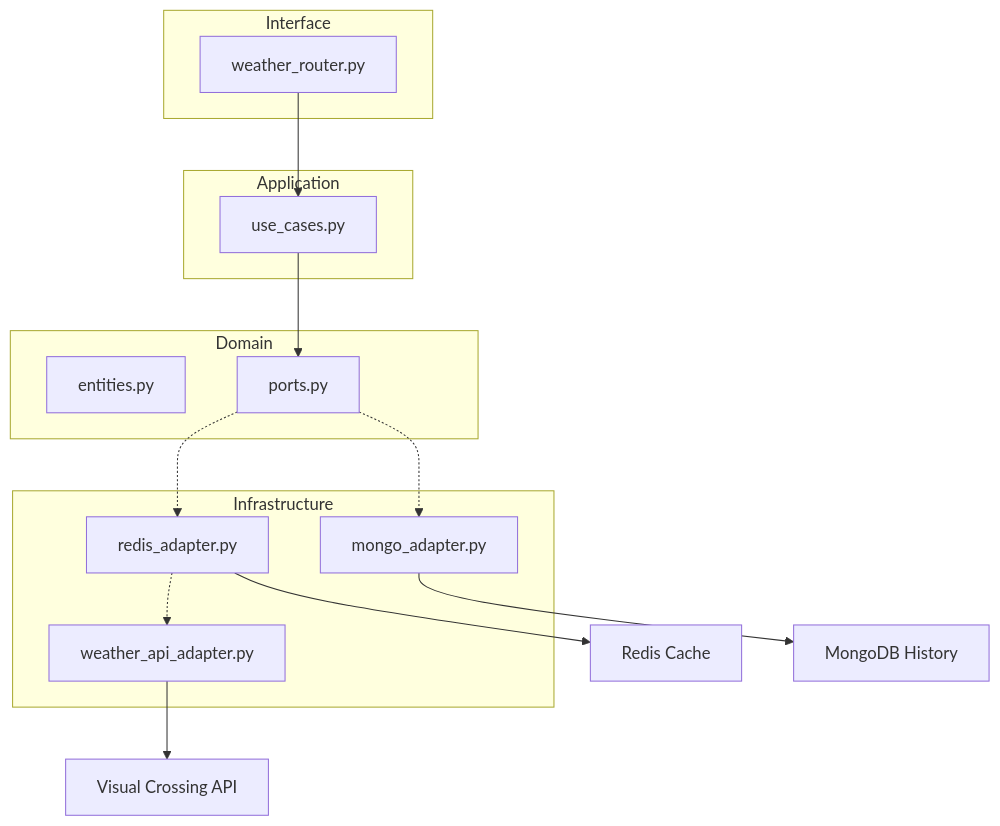
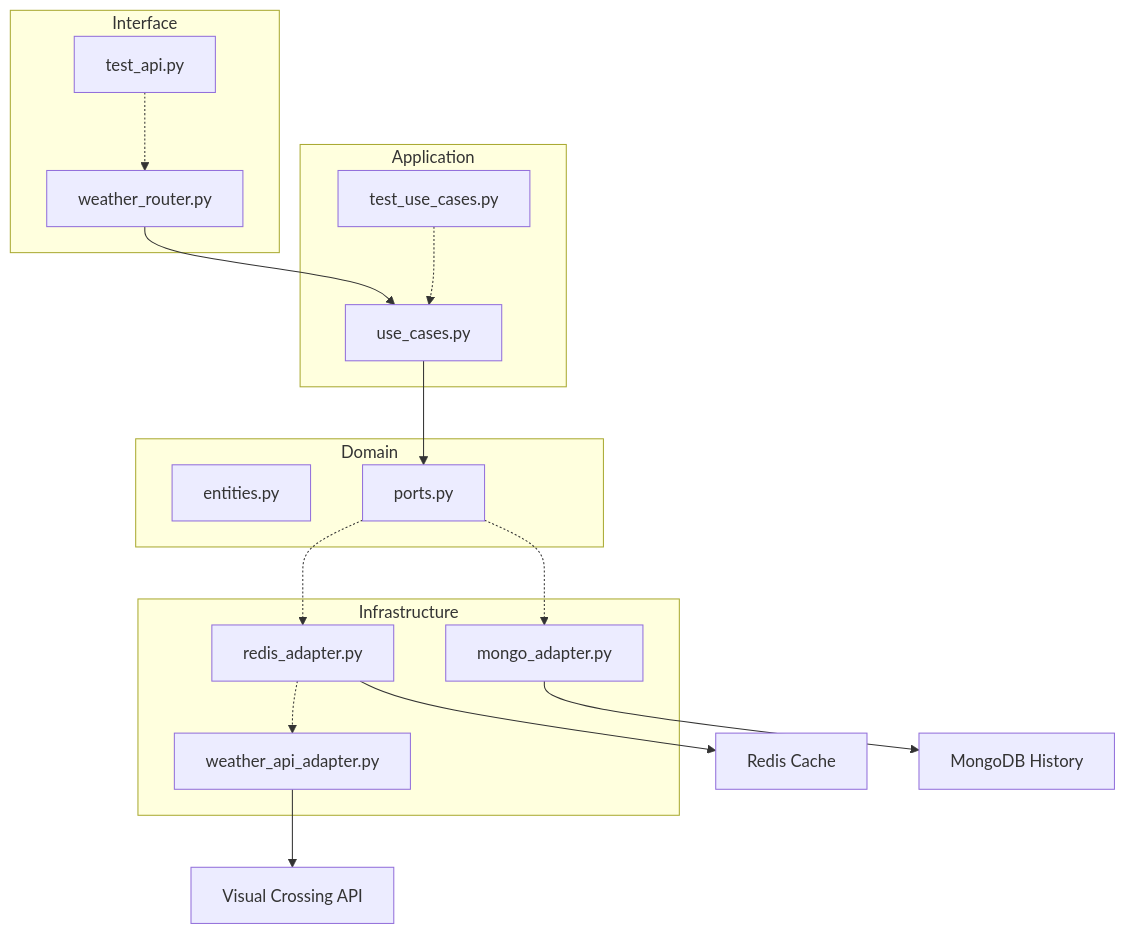
One commit to Matheus904-12/WeatherAPI changed the diagram in README.md. Above: the diagram before and after it, drawn with Mermaid. The commit also changed other lines of this file and 1 other file, not shown here.

````diff
--- a/README.md
+++ b/README.md
@@ -20,27 +19,31 @@
 ```mermaid
 graph TD
     subgraph Interface
         R[weather_router.py]
+        T[test_api.py]
     end
     subgraph Application
         UC[use_cases.py]
+        TU[test_use_cases.py]
     end
     subgraph Domain
         E[entities.py]
         P[ports.py]
     end
     subgraph Infrastructure
         RA[redis_adapter.py]
         MA[mongo_adapter.py]
         A[weather_api_adapter.py]
     end
 
     R --> UC
     UC --> P
+    T -.-> R
+    TU -.-> UC
     P -.-> RA
     P -.-> MA
     RA -.-> A
     A --> VC[Visual Crossing API]
     RA --> RD[Redis Cache]
     MA --> MG[MongoDB History]
 ```
````
